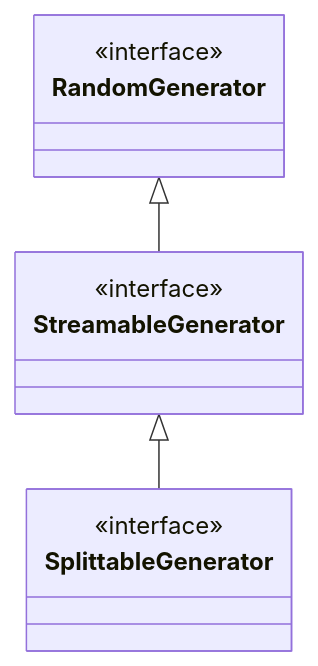
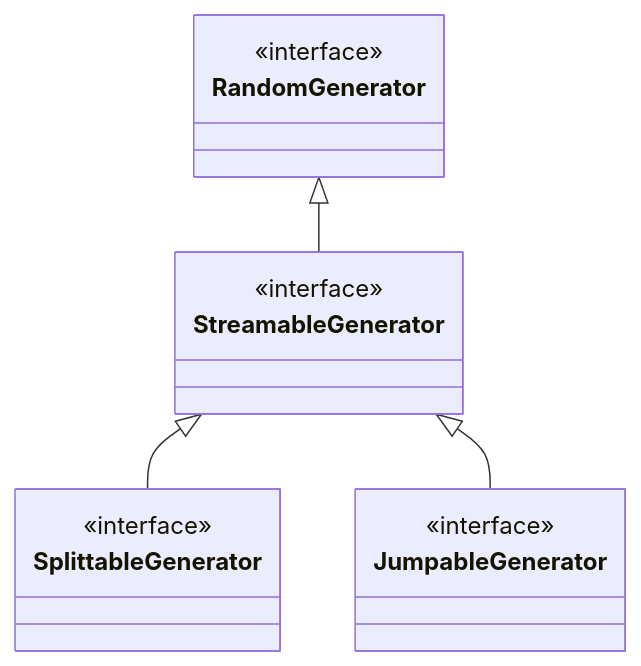
Before and after one commit to cicirello/rho-mu: the diagram in README.md, drawn with Mermaid.

````diff
--- a/README.md
+++ b/README.md
@@ -42,11 +42,14 @@
 ```mermaid
 classDiagram
   class RandomGenerator
   <<interface>> RandomGenerator
   class StreamableGenerator
   <<interface>> StreamableGenerator
   RandomGenerator <|-- StreamableGenerator
   class SplittableGenerator
   <<interface>> SplittableGenerator
   StreamableGenerator <|-- SplittableGenerator
+  class JumpableGenerator
+  <<interface>> JumpableGenerator
+  StreamableGenerator <|-- JumpableGenerator
 ```
````
